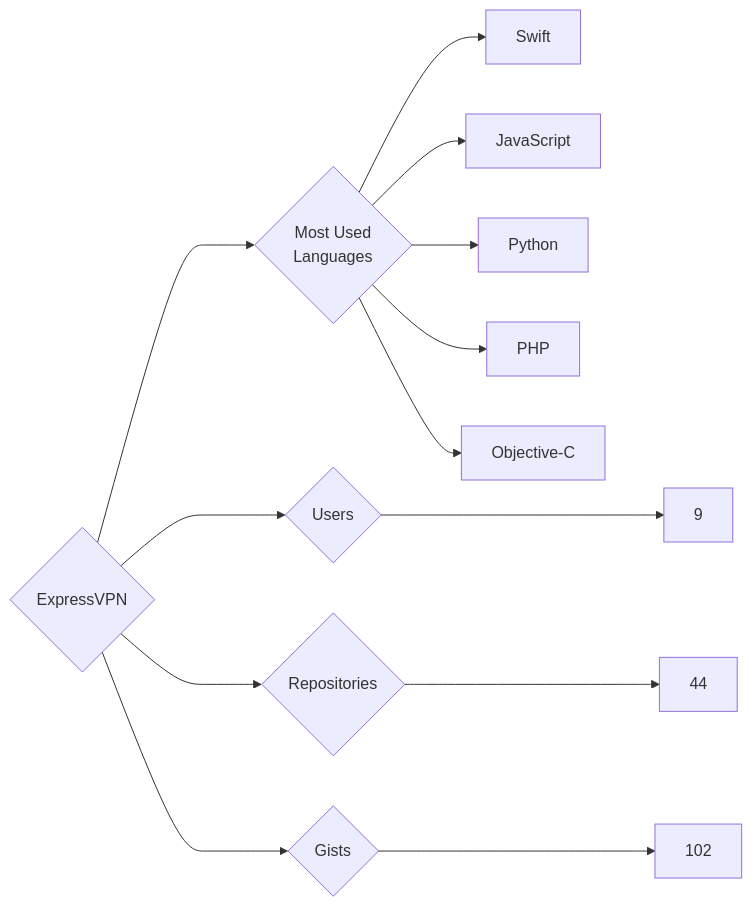
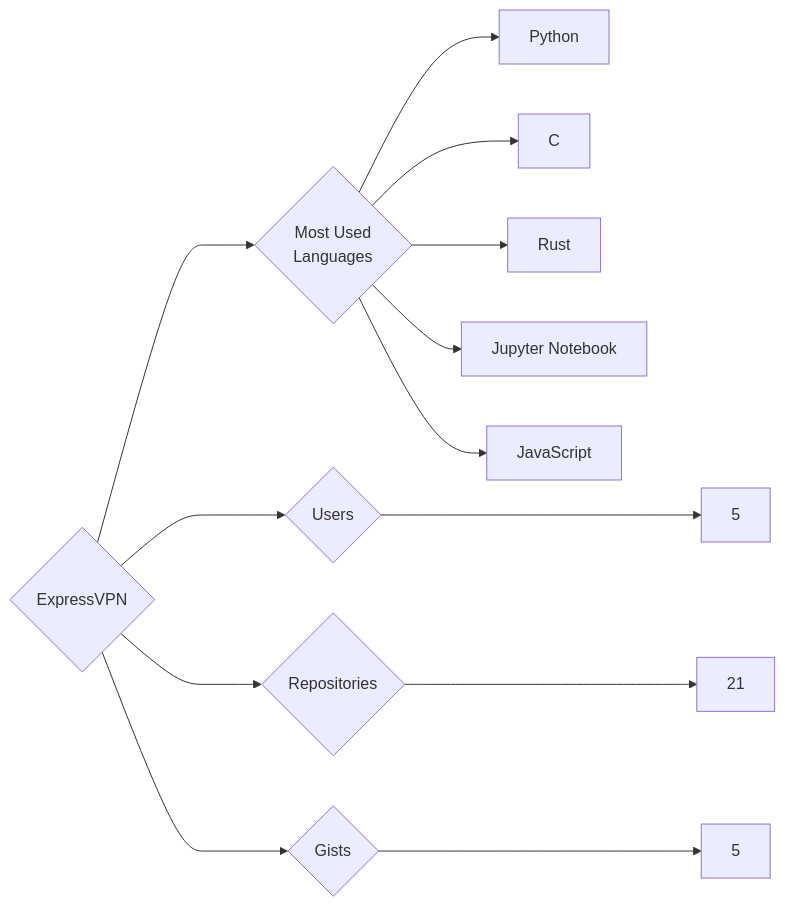
One commit to trickest/insiders changed the diagram in targets/ExpressVPN/README.md. Above: the diagram before and after it, drawn with Mermaid. The commit also changed 935 other files, not shown here.

````diff
--- a/targets/ExpressVPN/README.md
+++ b/targets/ExpressVPN/README.md
@@ -3,13 +3,13 @@
 ```mermaid
 graph LR
 COMPANY_NAME{ExpressVPN}
-COMPANY_NAME ---> U{Users} ---> UN[9]
-COMPANY_NAME ---> R{Repositories} ---> RN[44]
-COMPANY_NAME ---> G{Gists} ---> GN[102]
+COMPANY_NAME ---> U{Users} ---> UN[5]
+COMPANY_NAME ---> R{Repositories} ---> RN[21]
+COMPANY_NAME ---> G{Gists} ---> GN[5]
 COMPANY_NAME ---> ML{Most Used<br>Languages}
-ML --> Swift[Swift]
+ML --> Python[Python]
+ML --> C[C]
+ML --> Rust[Rust]
+ML --> Jupyter_Notebook[Jupyter Notebook]
 ML --> JavaScript[JavaScript]
-ML --> Python[Python]
-ML --> PHP[PHP]
-ML --> Objective-C[Objective-C]
 ```
````
